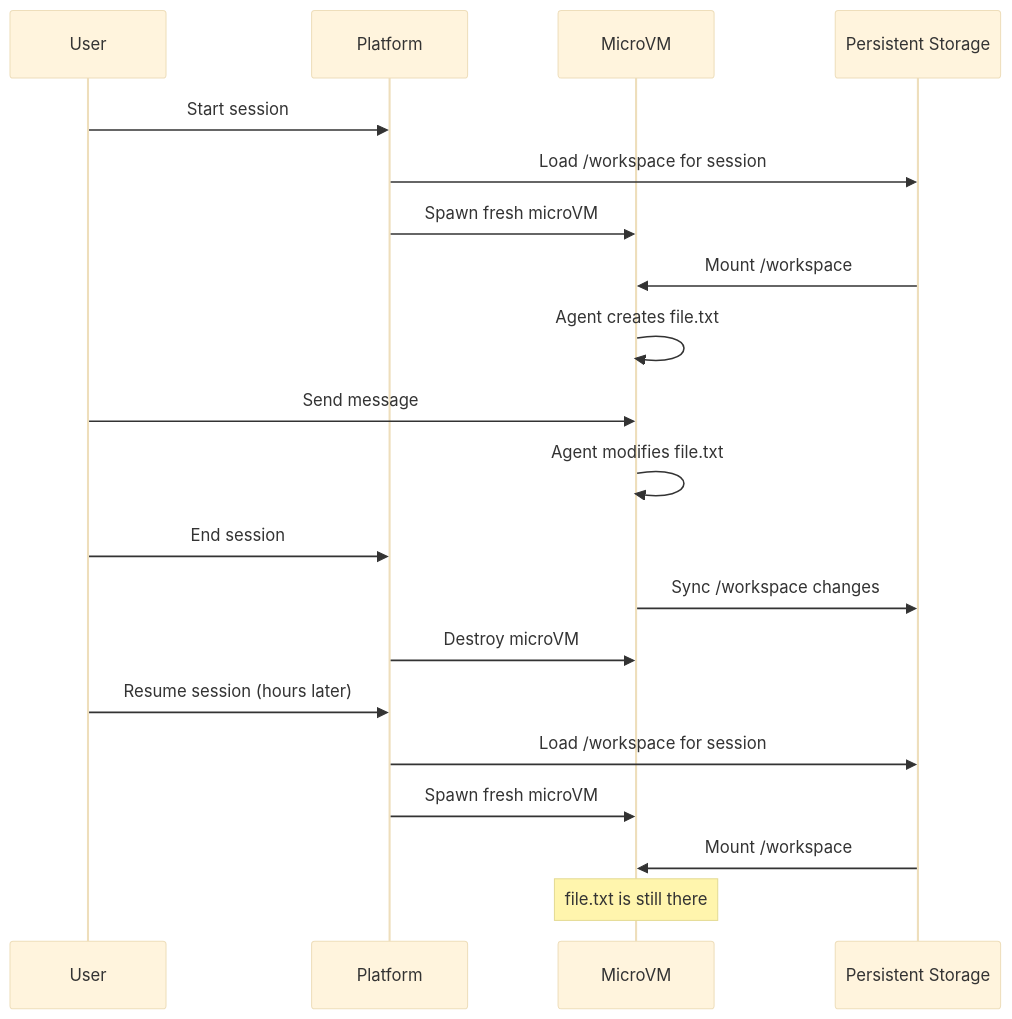
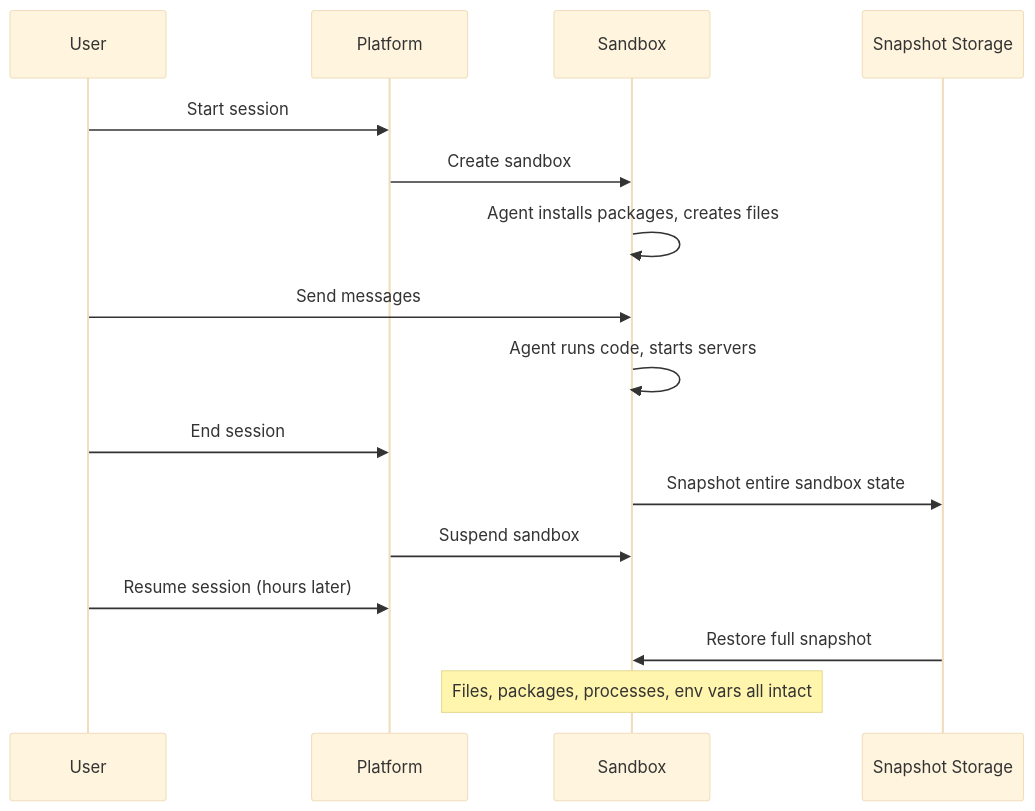
Before and after one commit to superserve-ai/superserve: the diagram in docs/concepts/persistence.mdx, drawn with Mermaid (base theme). The commit also changed other lines of this file and 11 other files, not shown here.

````diff
--- a/docs/concepts/persistence.mdx
+++ b/docs/concepts/persistence.mdx
@@ -30,24 +34,20 @@
 ```mermaid
 sequenceDiagram
     participant User
     participant Platform
-    participant VM as MicroVM
-    participant Storage as Persistent Storage
+    participant Sandbox as Sandbox
+    participant Storage as Snapshot Storage
 
     User->>Platform: Start session
-    Platform->>Storage: Load /workspace for session
-    Platform->>VM: Spawn fresh microVM
-    Storage->>VM: Mount /workspace
-    VM->>VM: Agent creates file.txt
-    User->>VM: Send message
-    VM->>VM: Agent modifies file.txt
+    Platform->>Sandbox: Create sandbox
+    Sandbox->>Sandbox: Agent installs packages, creates files
+    User->>Sandbox: Send messages
+    Sandbox->>Sandbox: Agent runs code, starts servers
     User->>Platform: End session
-    VM->>Storage: Sync /workspace changes
-    Platform->>VM: Destroy microVM
-    
+    Sandbox->>Storage: Snapshot entire sandbox state
+    Platform->>Sandbox: Suspend sandbox
+
     User->>Platform: Resume session (hours later)
-    Platform->>Storage: Load /workspace for session
-    Platform->>VM: Spawn fresh microVM
-    Storage->>VM: Mount /workspace
-    Note over VM: file.txt is still there
+    Storage->>Sandbox: Restore full snapshot
+    Note over Sandbox: Files, packages, processes, env vars all intact
 ```
````
